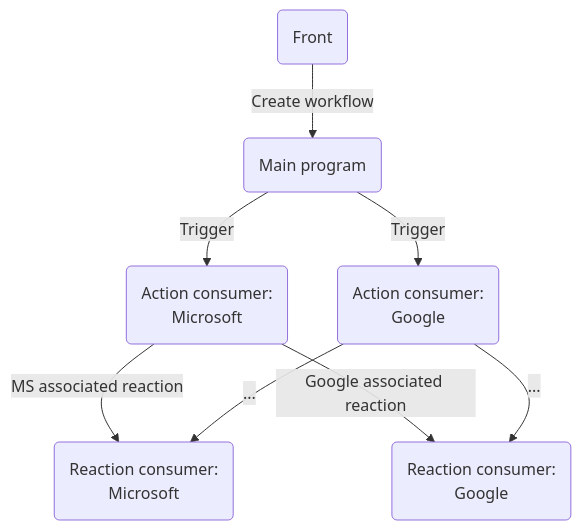
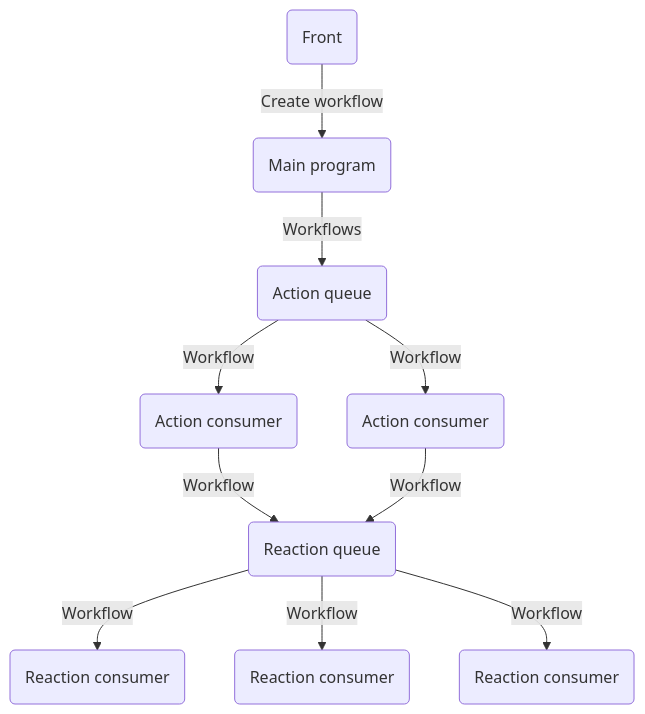
Before and after one commit to ASM-Studios/AREA: the diagram in docs/source/server/action_reaction.rst, drawn with Mermaid. The commit also changed other lines of this file and 2 other files, not shown here.

Commit message:
docs(a2f): add a2f documentation

```diff
--- a/docs/source/server/action_reaction.rst
+++ b/docs/source/server/action_reaction.rst
@@ -6,17 +6,29 @@
 .. mermaid::
 
-   graph TD
-       Front(Front)
-       Main(Main program)
-       ActionConsumer1(Action consumer:<br>Microsoft)
-       ActionConsumer2(Action consumer:<br>Google)
-       ReactionConsumer1(Reaction consumer:<br>Microsoft)  
-       ReactionConsumer2(Reaction consumer:<br>Google)  
-       Front -- Create workflow --> Main
-       Main -- Trigger --> ActionConsumer1
-       Main -- Trigger --> ActionConsumer2
+    graph TD
+        Front(Front)
+        Main(Main program)
 
-       ActionConsumer1 -- MS associated reaction --> ReactionConsumer1
-       ActionConsumer1 -- Google associated reaction --> ReactionConsumer2
-       ActionConsumer2 -- ... --> ReactionConsumer1
-       ActionConsumer2 -- ... --> ReactionConsumer2
+        ActionQueue(Action queue)
+        ReactionQueue(Reaction queue)
+
+        ActionConsumer1(Action consumer)
+        ActionConsumer2(Action consumer)
+
+        ReactionConsumer1(Reaction consumer)
+        ReactionConsumer2(Reaction consumer)
+        ReactionConsumer3(Reaction consumer)
+
+        Front -- Create workflow --> Main
+
+        Main -- Workflows --> ActionQueue
+
+        ActionQueue -- Workflow --> ActionConsumer1
+        ActionQueue -- Workflow --> ActionConsumer2
+
+        ActionConsumer1 -- Workflow --> ReactionQueue
+        ActionConsumer2 -- Workflow --> ReactionQueue
+
+        ReactionQueue -- Workflow --> ReactionConsumer1
+        ReactionQueue -- Workflow --> ReactionConsumer2
+        ReactionQueue -- Workflow --> ReactionConsumer3
```
